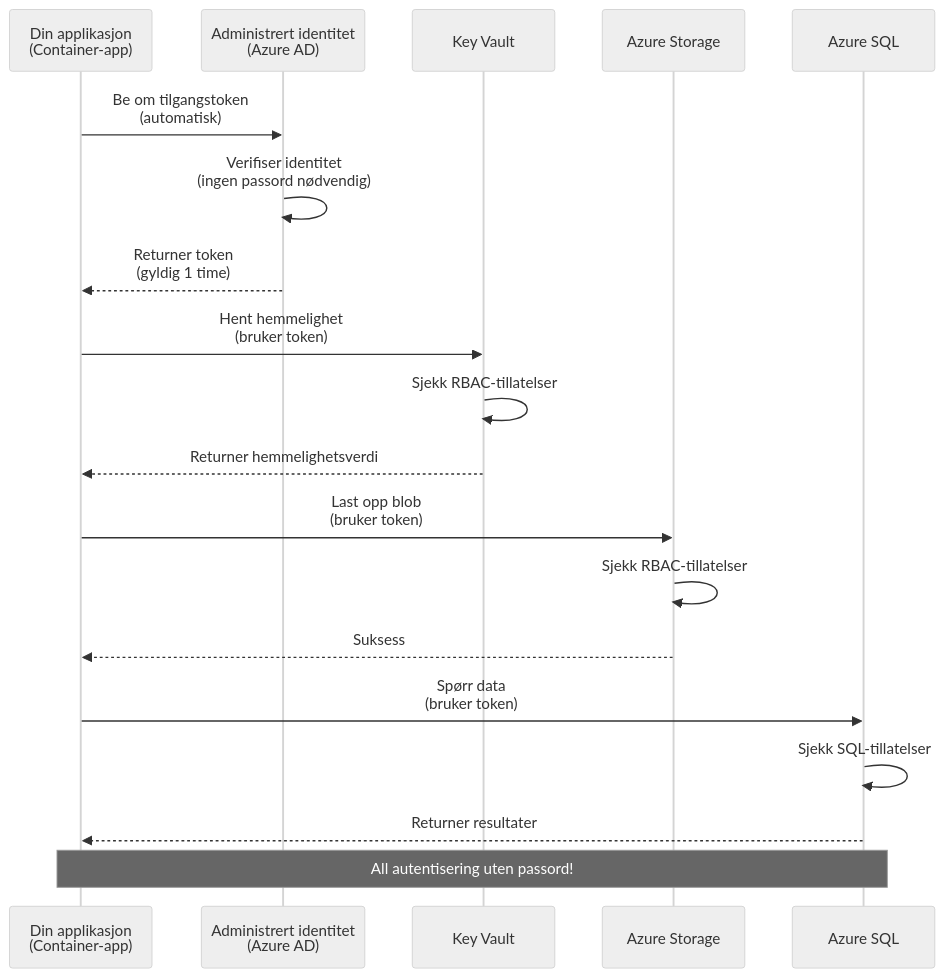
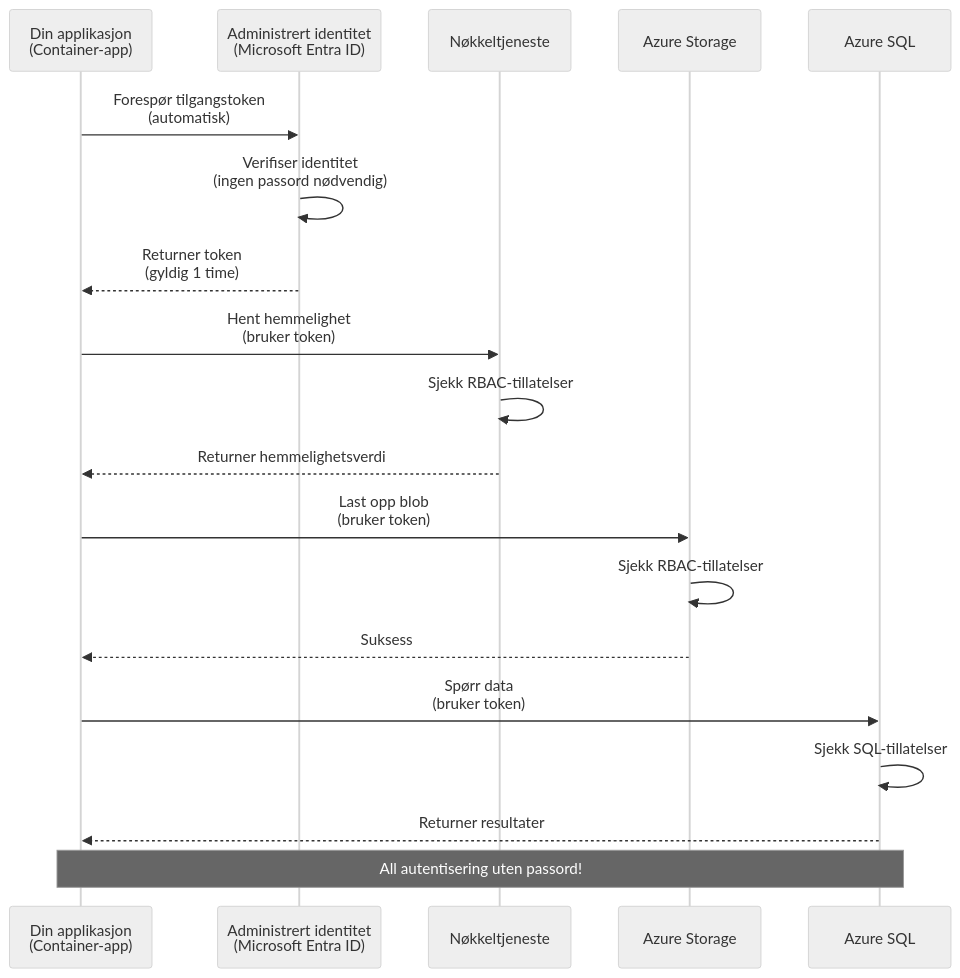
The first of 2 diagrams in translations/no/docs/chapter-03-configuration/authsecurity.md (microsoft/AZD-for-beginners), drawn with Mermaid (neutral theme) before and after one commit. The commit also changed other lines of this file and 104 other files, not shown here.

````diff
--- a/translations/no/docs/chapter-03-configuration/authsecurity.md
+++ b/translations/no/docs/chapter-03-configuration/authsecurity.md
@@ -69,26 +69,26 @@
 ```mermaid
 sequenceDiagram
     participant App as Din applikasjon<br/>(Container-app)
-    participant MI as Administrert identitet<br/>(Azure AD)
-    participant KV as Key Vault
+    participant MI as Administrert identitet<br/>(Microsoft Entra ID)
+    participant KV as Nøkkeltjeneste
     participant Storage as Azure Storage
     participant DB as Azure SQL
     
-    App->>MI: Be om tilgangstoken<br/>(automatisk)
+    App->>MI: Forespør tilgangstoken<br/>(automatisk)
     MI->>MI: Verifiser identitet<br/>(ingen passord nødvendig)
     MI-->>App: Returner token<br/>(gyldig 1 time)
     
     App->>KV: Hent hemmelighet<br/>(bruker token)
     KV->>KV: Sjekk RBAC-tillatelser
     KV-->>App: Returner hemmelighetsverdi
     
     App->>Storage: Last opp blob<br/>(bruker token)
     Storage->>Storage: Sjekk RBAC-tillatelser
     Storage-->>App: Suksess
     
     App->>DB: Spørr data<br/>(bruker token)
     DB->>DB: Sjekk SQL-tillatelser
     DB-->>App: Returner resultater
     
     Note over App,DB: All autentisering uten passord!
 ```
````
